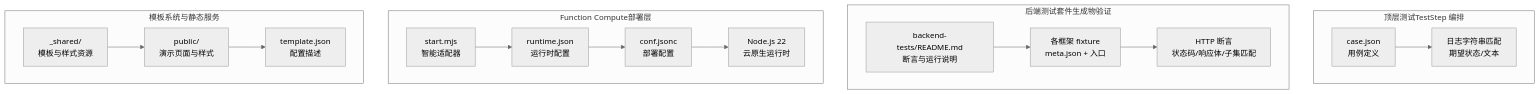
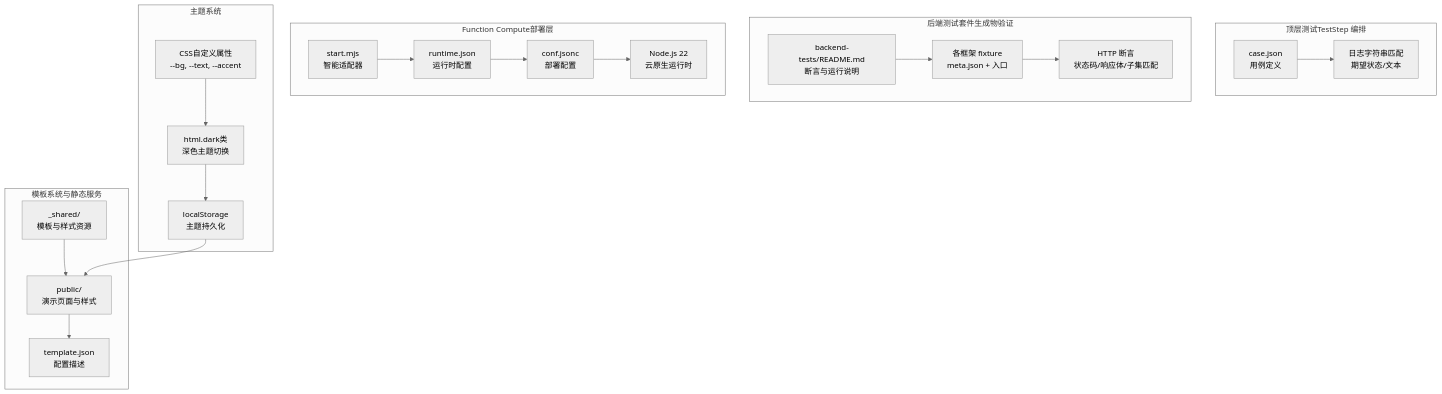
Before and after one commit to esa-sp/test-for-aone-ci: the second of 12 diagrams in .qoder/repowiki/zh/content/后端框架测试/后端框架测试.md, drawn with Mermaid (neutral theme). The commit also changed other lines of this file and 7 other files, not shown here.

````diff
--- a/.qoder/repowiki/zh/content/后端框架测试/后端框架测试.md
+++ b/.qoder/repowiki/zh/content/后端框架测试/后端框架测试.md
@@ -137,27 +142,34 @@
 ```mermaid
 graph TB
 subgraph "顶层测试TestStep 编排"
 T1["case.json<br/>用例定义"]
 T2["日志字符串匹配<br/>期望状态/文本"]
 end
 subgraph "后端测试套件生成物验证"
 B1["backend-tests/README.md<br/>断言与运行说明"]
 B2["各框架 fixture<br/>meta.json + 入口"]
 B3["HTTP 断言<br/>状态码/响应体/子集匹配"]
 end
 subgraph "Function Compute部署层"
 FC1["start.mjs<br/>智能适配器"]
 FC2["runtime.json<br/>运行时配置"]
 FC3["conf.jsonc<br/>部署配置"]
 FC4["Node.js 22<br/>云原生运行时"]
 end
 subgraph "模板系统与静态服务"
 S1["_shared/<br/>模板与样式资源"]
 S2["public/<br/>演示页面与样式"]
 S3["template.json<br/>配置描述"]
 end
+subgraph "主题系统"
+TH1["CSS自定义属性<br/>--bg, --text, --accent"]
+TH2["html.dark类<br/>深色主题切换"]
+TH3["localStorage<br/>主题持久化"]
+end
 T1 --> T2
 B1 --> B2 --> B3
 FC1 --> FC2 --> FC3 --> FC4
 S1 --> S2 --> S3
+TH1 --> TH2 --> TH3
+TH3 --> S2
 ```
````
